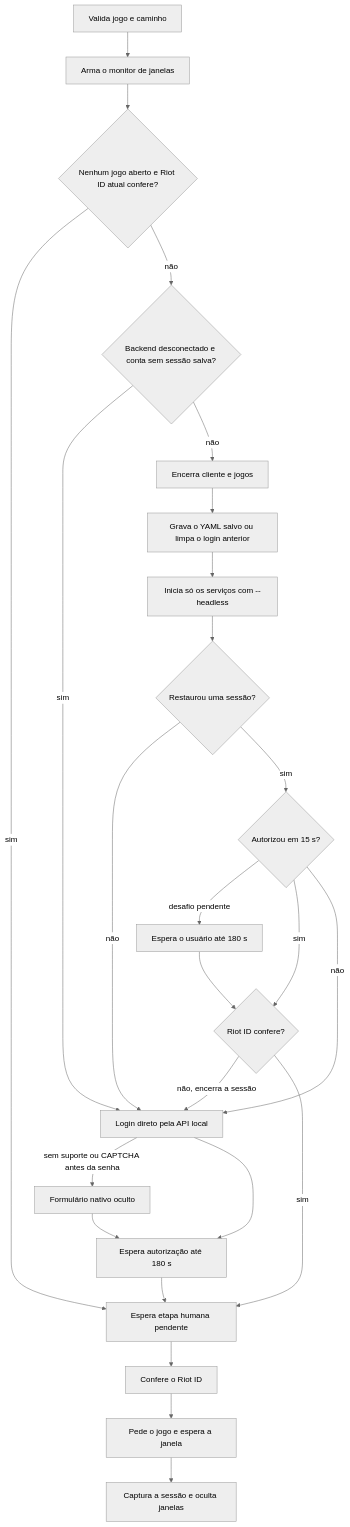
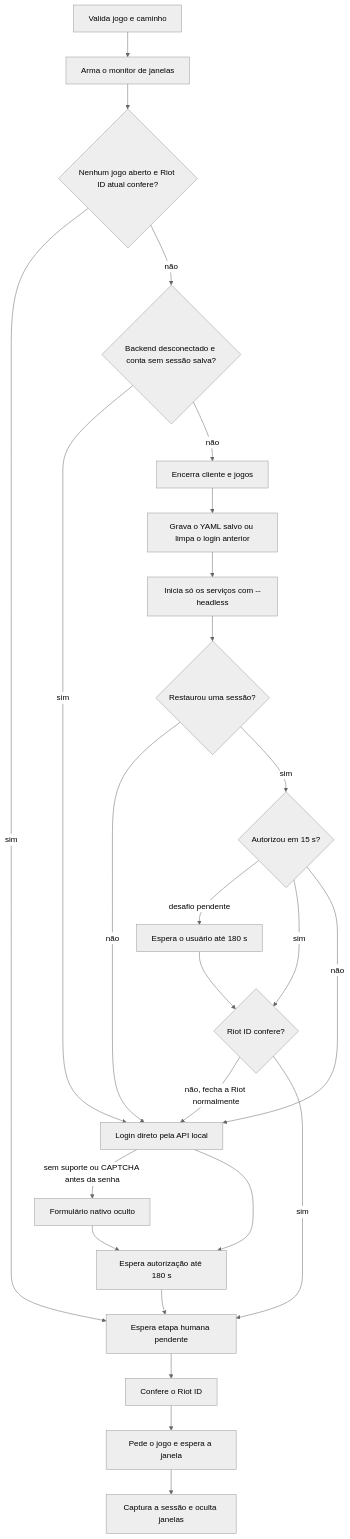
The diagram in docs/03 Módulos/Riot e Windows/signInFlow.md (arthurmchd/eclipse), drawn with Mermaid (neutral theme) before and after one commit. The commit also changed other lines of this file and 83 other files, not shown here.

First line of the commit message:
Guarda a sessão por conta e mantém a Riot sempre desconectada

````diff
--- a/docs/03 Módulos/Riot e Windows/signInFlow.md
+++ b/docs/03 Módulos/Riot e Windows/signInFlow.md
@@ -40,27 +40,27 @@
 ```mermaid
 flowchart TD
   A[Valida jogo e caminho] --> B[Arma o monitor de janelas]
   B --> C{"Nenhum jogo aberto e Riot ID atual confere?"}
   C -->|sim| V
   C -->|não| D{"Backend desconectado e conta sem sessão salva?"}
   D -->|sim| L
   D -->|não| E[Encerra cliente e jogos]
   E --> F[Grava o YAML salvo ou limpa o login anterior]
   F --> G["Inicia só os serviços com --headless"]
   G --> H{Restaurou uma sessão?}
   H -->|não| L
   H -->|sim| I{Autorizou em 15 s?}
   I -->|desafio pendente| W[Espera o usuário até 180 s]
   I -->|sim| J{Riot ID confere?}
   W --> J
   I -->|não| L
-  J -->|não, encerra a sessão| L[Login direto pela API local]
+  J -->|não, fecha a Riot normalmente| L[Login direto pela API local]
   J -->|sim| V
   L -->|sem suporte ou CAPTCHA antes da senha| N[Formulário nativo oculto]
   L --> K[Espera autorização até 180 s]
   N --> K
   K --> V[Espera etapa humana pendente]
   V --> X[Confere o Riot ID]
   X --> Y[Pede o jogo e espera a janela]
   Y --> Z[Captura a sessão e oculta janelas]
 ```
````
